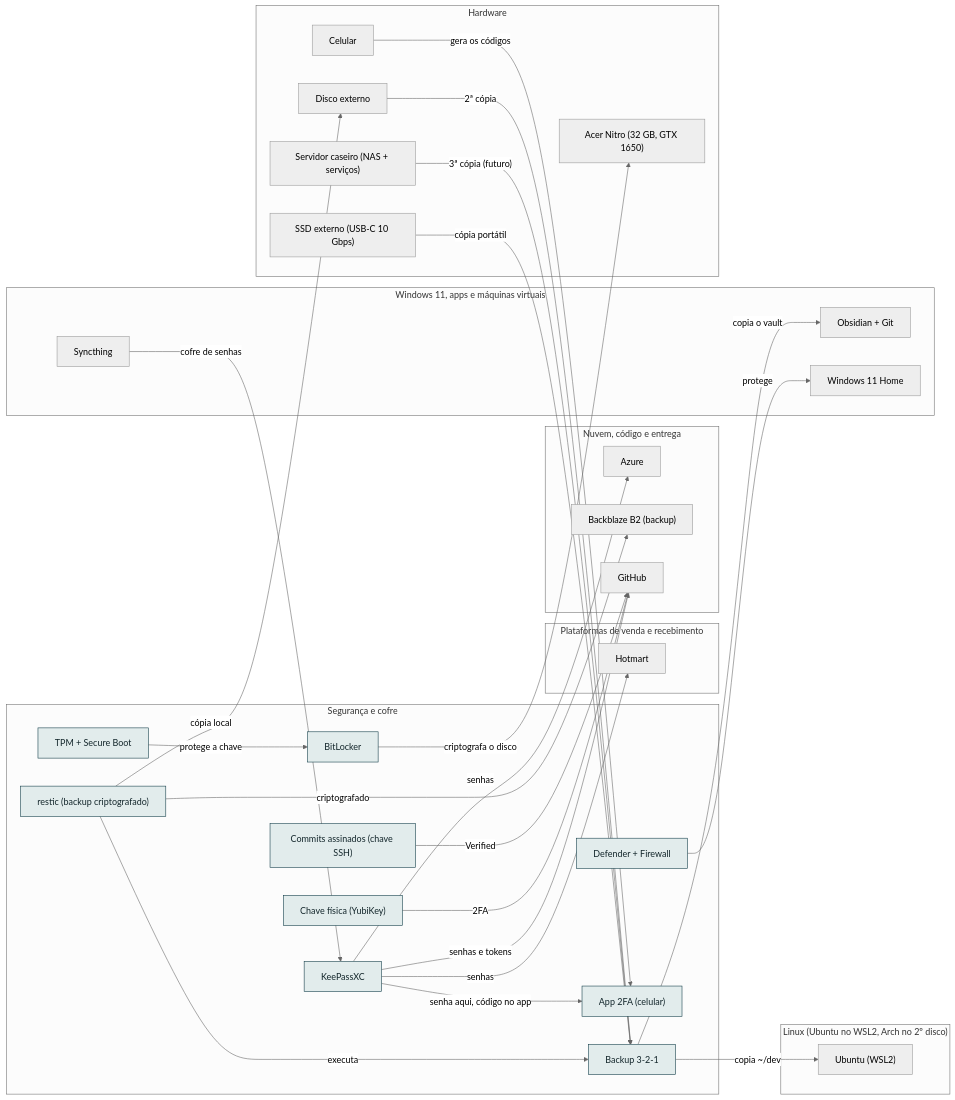
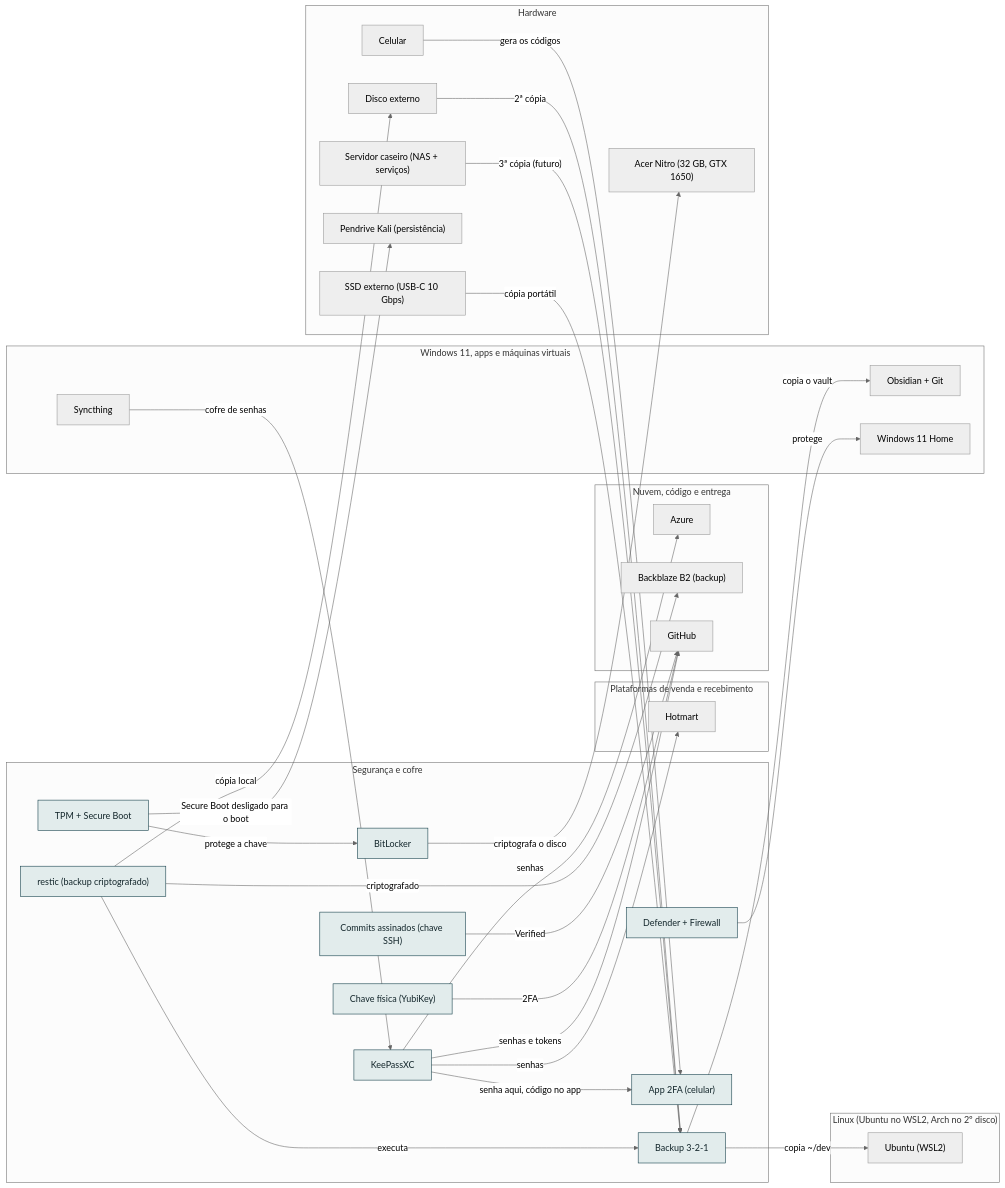
Before and after one commit to AlanMateus17/dev-setup: the diagram in docs/camadas/02-seg.md, drawn with Mermaid (neutral theme). The commit also changed other lines of this file and 44 other files, not shown here.

````diff
--- a/docs/camadas/02-seg.md
+++ b/docs/camadas/02-seg.md
@@ -14,58 +14,60 @@
 ```mermaid
 flowchart LR
   subgraph L_seg["Segurança e cofre"]
     n_sign["Commits assinados (chave SSH)"]
     n_restic["restic (backup criptografado)"]
     n_ykey["Chave física (YubiKey)"]
     n_tpm["TPM + Secure Boot"]
     n_bitl["BitLocker"]
     n_def["Defender + Firewall"]
     n_kee["KeePassXC"]
     n_tfa["App 2FA (celular)"]
     n_bkp["Backup 3-2-1"]
   end
   subgraph L_venda["Plataformas de venda e recebimento"]
     n_hotm["Hotmart"]
   end
   subgraph L_nuvem["Nuvem, código e entrega"]
     n_azure["Azure"]
     n_b2["Backblaze B2 (backup)"]
     n_gh["GitHub"]
   end
   subgraph L_lin["Linux (Ubuntu no WSL2, Arch no 2º disco)"]
     n_wsl["Ubuntu (WSL2)"]
   end
   subgraph L_win["Windows 11, apps e máquinas virtuais"]
     n_obsd["Obsidian + Git"]
     n_syncth["Syncthing"]
     n_w11["Windows 11 Home"]
   end
   subgraph L_hw["Hardware"]
     n_cel["Celular"]
     n_ext["Disco externo"]
     n_nas["Servidor caseiro (NAS + serviços)"]
     n_nb["Acer Nitro (32 GB, GTX 1650)"]
+    n_pkali["Pendrive Kali (persistência)"]
     n_ssdext["SSD externo (USB-C 10 Gbps)"]
   end
   n_sign -->|"Verified"| n_gh
   n_restic -->|"cópia local"| n_ext
   n_restic -->|"executa"| n_bkp
   n_restic -->|"criptografado"| n_b2
   n_ykey -->|"2FA"| n_gh
   n_tpm -->|"protege a chave"| n_bitl
+  n_tpm -->|"Secure Boot desligado para o boot"| n_pkali
   n_bitl -->|"criptografa o disco"| n_nb
   n_def -->|"protege"| n_w11
   n_kee -->|"senha aqui, código no app"| n_tfa
   n_kee -->|"senhas e tokens"| n_gh
   n_kee -->|"senhas"| n_hotm
   n_kee -->|"senhas"| n_azure
   n_syncth -->|"cofre de senhas"| n_kee
   n_cel -->|"gera os códigos"| n_tfa
   n_bkp -->|"copia ~/dev"| n_wsl
   n_bkp -->|"copia o vault"| n_obsd
   n_ext -->|"2ª cópia"| n_bkp
   n_nas -->|"3ª cópia (futuro)"| n_bkp
   n_ssdext -->|"cópia portátil"| n_bkp
   classDef desta fill:#e2ecec,stroke:#0e3a45,color:#13262b
   class n_sign,n_restic,n_ykey,n_tpm,n_bitl,n_def,n_kee,n_tfa,n_bkp desta
 ```
````
